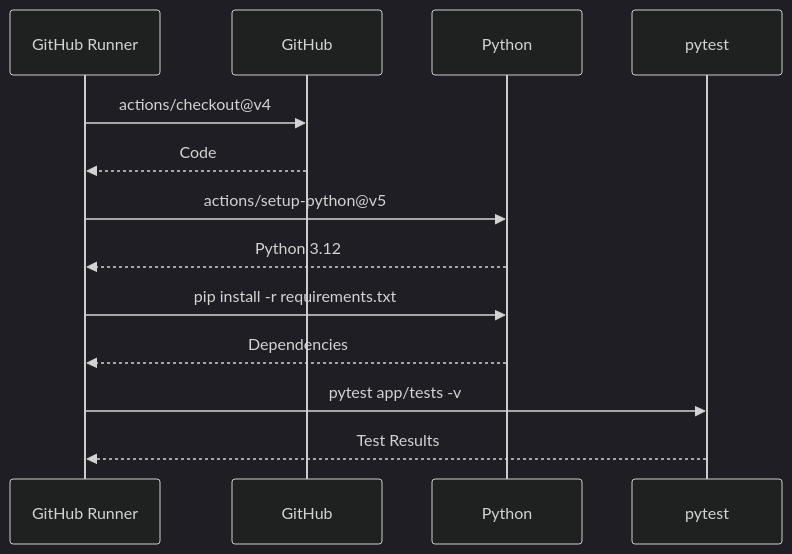
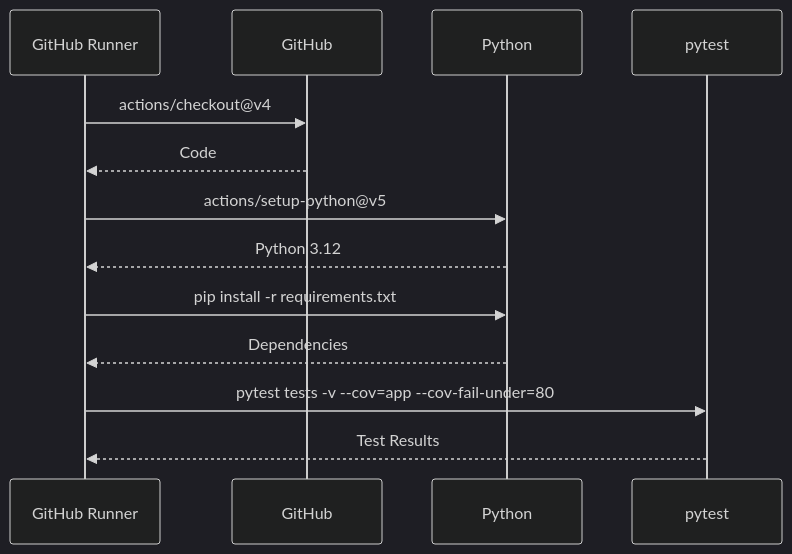
The second of 4 diagrams in docs/CICD-WORKFLOW.md (godie007/fastapi-supabase-gcp-challenge), drawn with Mermaid (dark theme) before and after one commit. The commit also changed other lines of this file and 17 other files, not shown here.

````diff
--- a/docs/CICD-WORKFLOW.md
+++ b/docs/CICD-WORKFLOW.md
@@ -100,16 +100,16 @@
 ```mermaid
 sequenceDiagram
     participant Runner as GitHub Runner
     participant GitHub as GitHub
     participant Python as Python
     participant Test as pytest
 
     Runner->>GitHub: actions/checkout@v4
     GitHub-->>Runner: Code
     Runner->>Python: actions/setup-python@v5
     Python-->>Runner: Python 3.12
     Runner->>Python: pip install -r requirements.txt
     Python-->>Runner: Dependencies
-    Runner->>Test: pytest app/tests -v
+    Runner->>Test: pytest tests -v --cov=app --cov-fail-under=80
     Test-->>Runner: Test Results
 ```
````
